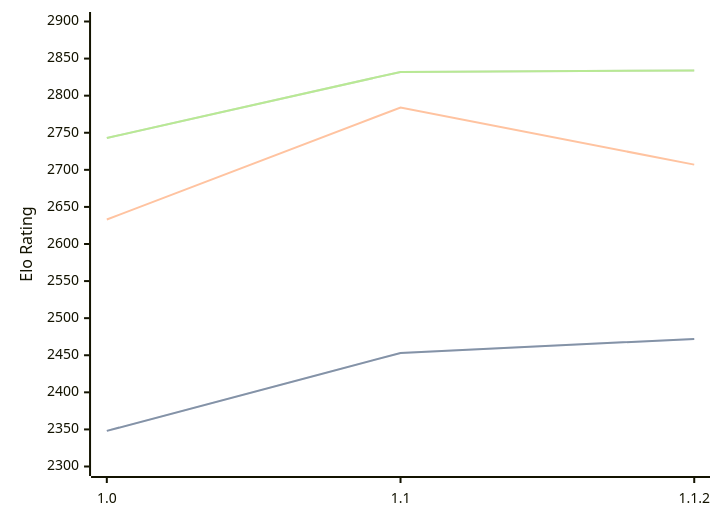
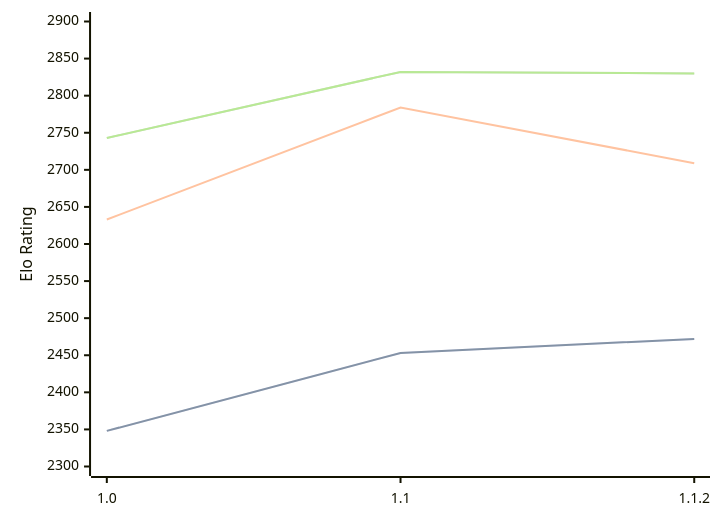
The diagram in engines/Casanchess.md (computer-chess-index/cci), drawn with Mermaid before and after one commit. The commit also changed other lines of this file, not shown here.

Commit message:
Update CCI Ratings (ELO VLTC) - 2026-09-30

````diff
--- a/engines/Casanchess.md
+++ b/engines/Casanchess.md
@@ -34,11 +34,11 @@
 ```mermaid
 %%{init: {"theme":"base","themeVariables":{"seriesColors:['#a3a3a3','#222221','#faa371']}}}%%
 xychart-beta
   x-axis ["1.0", "1.1", "1.1.2"]
   y-axis "Elo Rating" 2300 --> 2900
   line "" [2348, 2453, 2472]
   line "STC (8.0+0.08s)" [2348, 2453, 2472]
-  line "LTC (60.0+0.60s)" [2633, 2784, 2707]
-  line "" [2743, 2832, 2834]
-  line "VLTC (2m24s+1.12s)" [2743, 2832, 2834]
+  line "LTC (60.0+0.60s)" [2633, 2784, 2709]
+  line "" [2743, 2832, 2830]
+  line "VLTC (2m24s+1.12s)" [2743, 2832, 2830]
 ```
````
